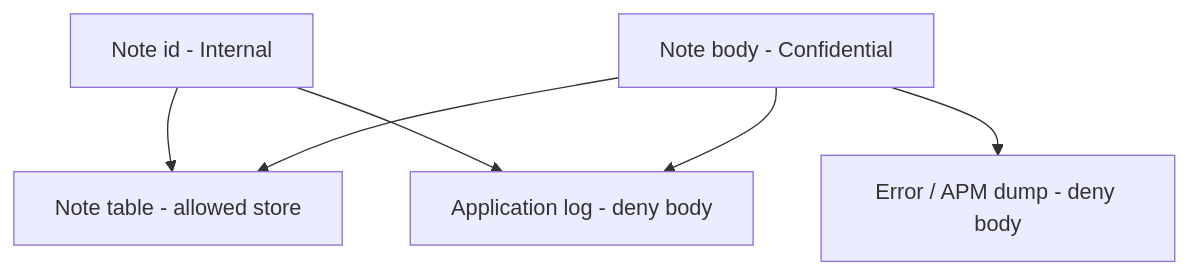
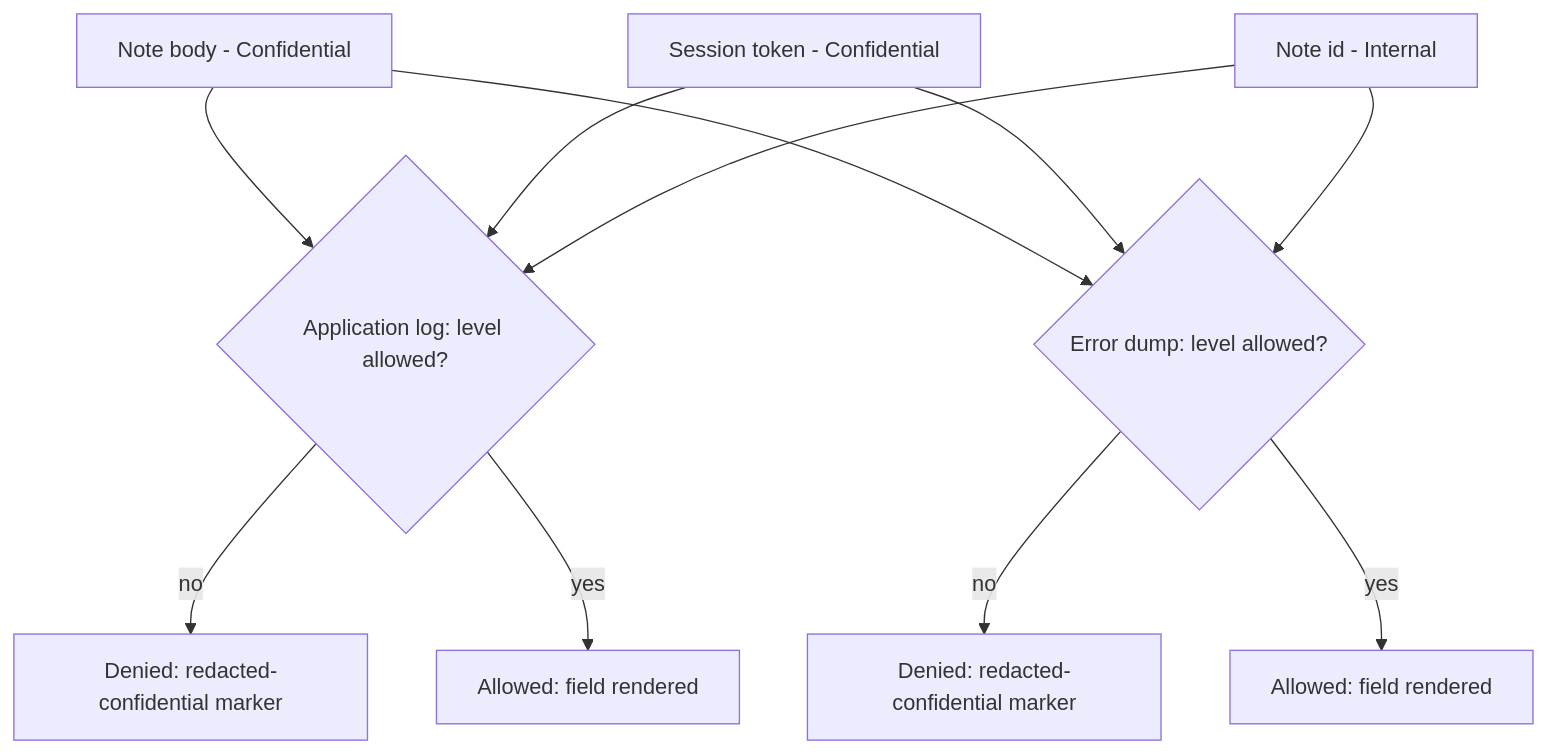
One commit to ishitvagoel/LearnSecurity changed the diagram in content/modules/3/3.1/lessons/01-property.md. Above: the diagram before and after it, drawn with Mermaid. The commit also changed other lines of this file and 25 other files, not shown here.

````diff
--- a/content/modules/3/3.1/lessons/01-property.md
+++ b/content/modules/3/3.1/lessons/01-property.md
@@ -24,8 +43,13 @@
 ```mermaid
 flowchart TD
-  Body["Note body - Confidential"] --> Table["Note table - allowed store"]
-  Body --> Log["Application log - deny body"]
-  Body --> APM["Error / APM dump - deny body"]
-  Id["Note id - Internal"] --> Log
-  Id --> Table
+  Body["Note body - Confidential"] --> LogCheck{"Application log: level allowed?"}
+  Token["Session token - Confidential"] --> LogCheck
+  Body --> ErrCheck{"Error dump: level allowed?"}
+  Token --> ErrCheck
+  NoteId["Note id - Internal"] --> LogCheck
+  NoteId --> ErrCheck
+  LogCheck -->|no| DenyLog["Denied: redacted-confidential marker"]
+  LogCheck -->|yes| AllowLog["Allowed: field rendered"]
+  ErrCheck -->|no| DenyErr["Denied: redacted-confidential marker"]
+  ErrCheck -->|yes| AllowErr["Allowed: field rendered"]
 ```
````
